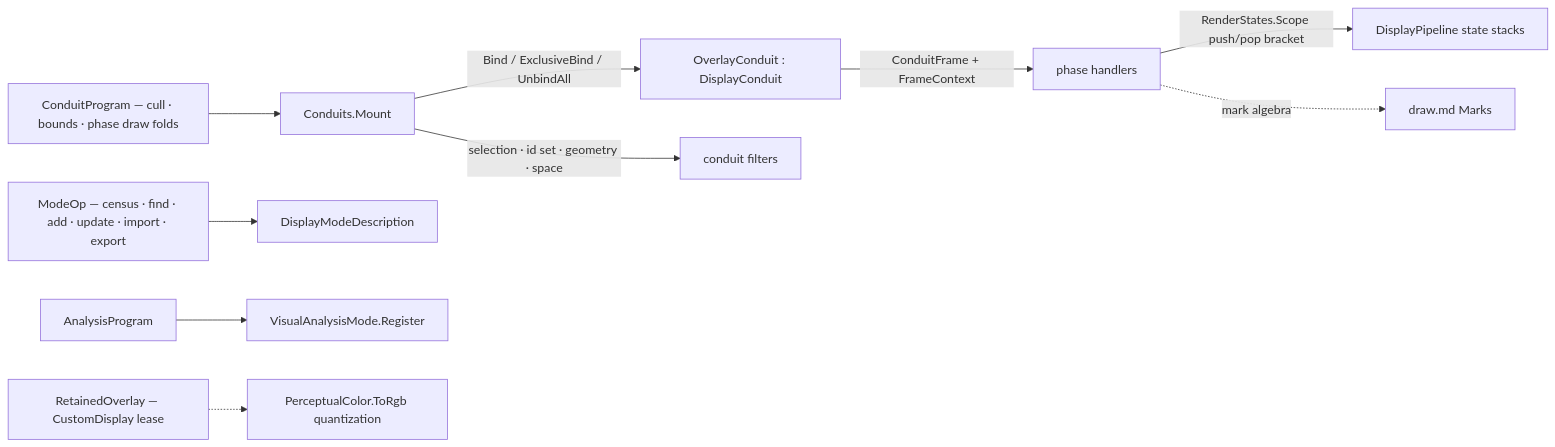
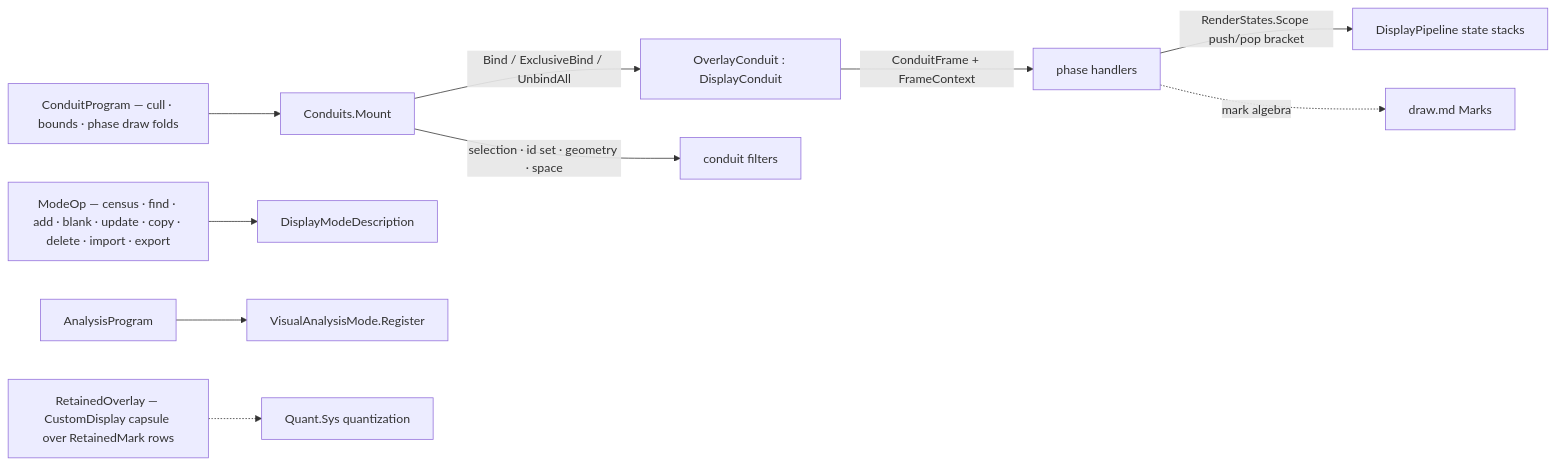
The diagram in libs/csharp/Rasm.Rhino/.planning/Display/conduit.md (bsamiee/Rasm), drawn with Mermaid before and after one commit. The commit also changed other lines of this file and 185 other files, not shown here.

````diff
--- a/libs/csharp/Rasm.Rhino/.planning/Display/conduit.md
+++ b/libs/csharp/Rasm.Rhino/.planning/Display/conduit.md
@@ -356,12 +387,12 @@
 ```mermaid
 flowchart LR
     Program["ConduitProgram — cull · bounds · phase draw folds"] --> Mount["Conduits.Mount"]
     Mount -->|Bind / ExclusiveBind / UnbindAll| Conduit["OverlayConduit : DisplayConduit"]
     Mount -->|selection · id set · geometry · space| Filter["conduit filters"]
     Conduit -->|ConduitFrame + FrameContext| Handlers["phase handlers"]
     Handlers -->|RenderStates.Scope push/pop bracket| Pipeline["DisplayPipeline state stacks"]
     Handlers -.->|mark algebra| Draw["draw.md Marks"]
-    Modes["ModeOp — census · find · add · update · import · export"] --> Table["DisplayModeDescription"]
+    Modes["ModeOp — census · find · add · blank · update · copy · delete · import · export"] --> Table["DisplayModeDescription"]
     Analysis["AnalysisProgram"] --> Registered["VisualAnalysisMode.Register"]
-    Retained["RetainedOverlay — CustomDisplay lease"] -.-> Kernel["PerceptualColor.ToRgb quantization"]
+    Retained["RetainedOverlay — CustomDisplay capsule over RetainedMark rows"] -.-> Kernel["Quant.Sys quantization"]
 ```
````
